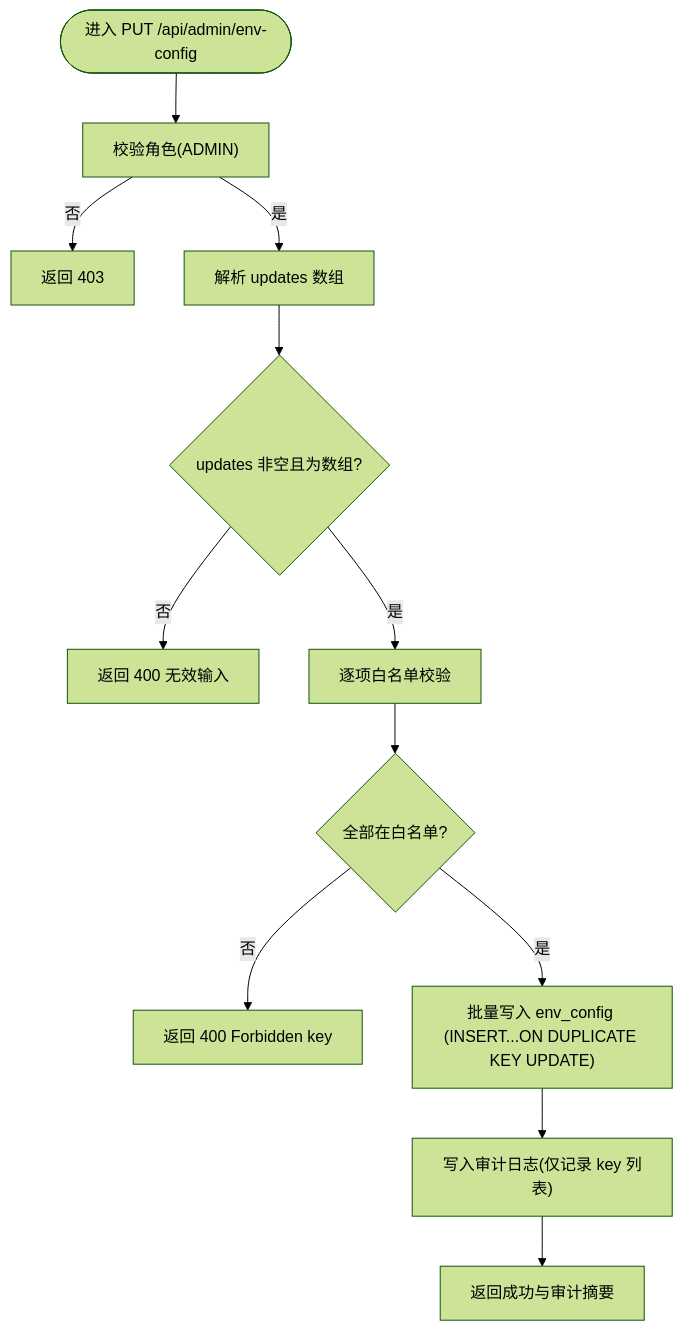
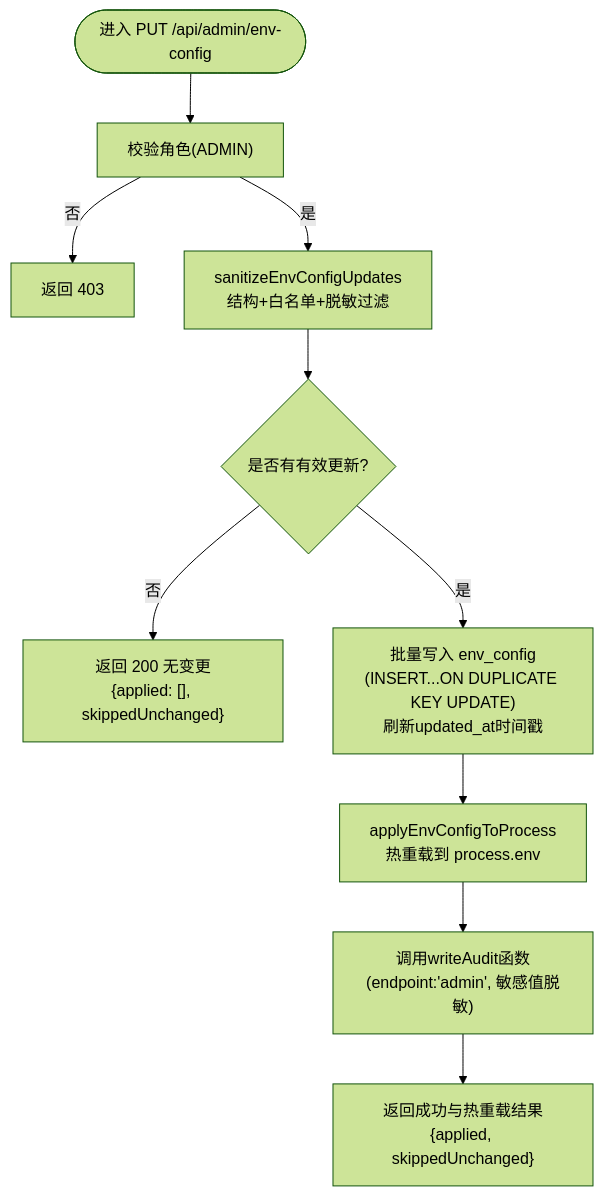
One commit to dgjin/smart-data-analytics changed the fourth of 5 diagrams in .qoder/repowiki/zh/content/API参考/管理API/环境配置API.md. Above: the diagram before and after it, drawn with Mermaid (forest theme). The commit also changed other lines of this file and 146 other files, not shown here.

````diff
--- a/.qoder/repowiki/zh/content/API参考/管理API/环境配置API.md
+++ b/.qoder/repowiki/zh/content/API参考/管理API/环境配置API.md
@@ -149,14 +191,12 @@
 ```mermaid
 flowchart TD
 S(["进入 PUT /api/admin/env-config"]) --> Auth["校验角色(ADMIN)"]
 Auth --> |否| R403["返回 403"]
-Auth --> |是| Parse["解析 updates 数组"]
-Parse --> Valid{"updates 非空且为数组?"}
-Valid --> |否| R400A["返回 400 无效输入"]
-Valid --> |是| Whitelist["逐项白名单校验"]
-Whitelist --> WOK{"全部在白名单?"}
-WOK --> |否| R400B["返回 400 Forbidden key"]
-WOK --> |是| Persist["批量写入 env_config (INSERT...ON DUPLICATE KEY UPDATE)"]
-Persist --> Audit["写入审计日志(仅记录 key 列表)"]
-Audit --> R200["返回成功与审计摘要"]
+Auth --> |是| Parse["sanitizeEnvConfigUpdates<br/>结构+白名单+脱敏过滤"]
+Parse --> Valid{"是否有有效更新?"}
+Valid --> |否| NoChange["返回 200 无变更<br/>{applied: [], skippedUnchanged}"]
+Valid --> |是| Persist["批量写入 env_config<br/>(INSERT...ON DUPLICATE KEY UPDATE)<br/>刷新updated_at时间戳"]
+Persist --> HotReload["applyEnvConfigToProcess<br/>热重载到 process.env"]
+HotReload --> Audit["调用writeAudit函数<br/>(endpoint:'admin', 敏感值脱敏)"]
+Audit --> R200["返回成功与热重载结果<br/>{applied, skippedUnchanged}"]
 ```
````
